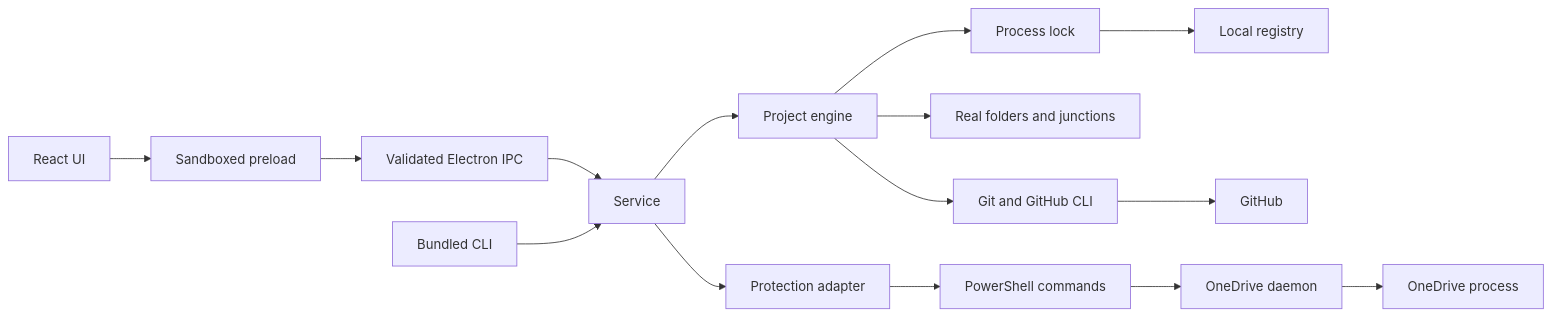
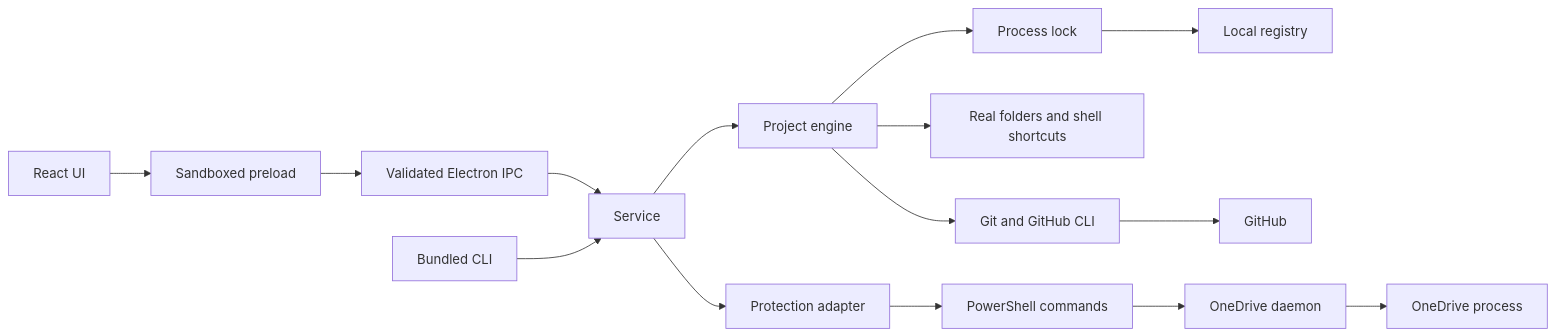
One commit to zF4ke/cloak changed the diagram in docs/architecture.md. Above: the diagram before and after it, drawn with Mermaid. The commit also changed other lines of this file and 23 other files, not shown here.

````diff
--- a/docs/architecture.md
+++ b/docs/architecture.md
@@ -5,17 +5,17 @@
 ```mermaid
 flowchart LR
   UI[React UI] --> PRE[Sandboxed preload]
   PRE --> IPC[Validated Electron IPC]
   IPC --> S[Service]
   CLI[Bundled CLI] --> S
   S --> P[Project engine]
   S --> PR[Protection adapter]
   P --> LOCK[Process lock]
   LOCK --> REG[Local registry]
-  P --> FS[Real folders and junctions]
+  P --> FS[Real folders and shell shortcuts]
   P --> G[Git and GitHub CLI]
   G --> GH[GitHub]
   PR --> PS[PowerShell commands]
   PS --> D[OneDrive daemon]
   D --> OD[OneDrive process]
 ```
````
